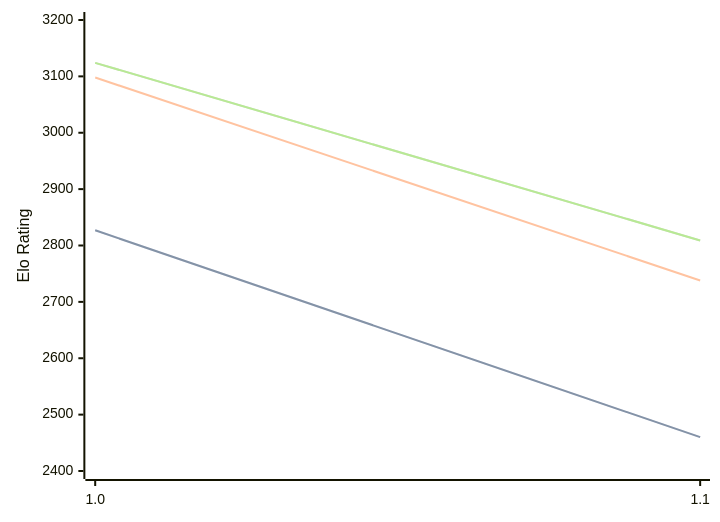
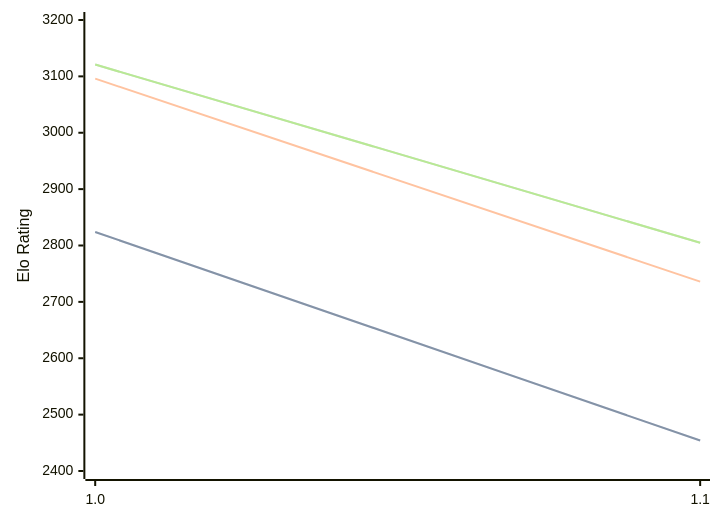
One commit to computer-chess-index/cci changed the diagram in engines/Publius.md. Above: the diagram before and after it, drawn with Mermaid. The commit also changed other lines of this file, not shown here.

Commit message:
Update CCI Ratings (ELO VLTC) - 2026-08-12

````diff
--- a/engines/Publius.md
+++ b/engines/Publius.md
@@ -32,11 +32,11 @@
 ```mermaid
 %%{init: {"theme":"base","themeVariables":{"seriesColors:['#a3a3a3','#222221','#faa371']}}}%%
 xychart-beta
   x-axis ["1.0", "1.1"]
   y-axis "Elo Rating" 2400 --> 3200
-  line "STC (8.0+0.08s)" [2827, 2460]
-  line "STC (8.0+0.08s)" [2827, 2460]
-  line "LTC (60.0+0.60s)" [3098, 2738]
-  line "VLTC (2m24s+1.12s)" [3124, 2809]
-  line "VLTC (2m24s+1.12s)" [3124, 2809]
+  line "STC (8.0+0.08s)" [2824, 2454]
+  line "STC (8.0+0.08s)" [2824, 2454]
+  line "LTC (60.0+0.60s)" [3096, 2736]
+  line "VLTC (2m24s+1.12s)" [3121, 2805]
+  line "VLTC (2m24s+1.12s)" [3121, 2805]
 ```
````
